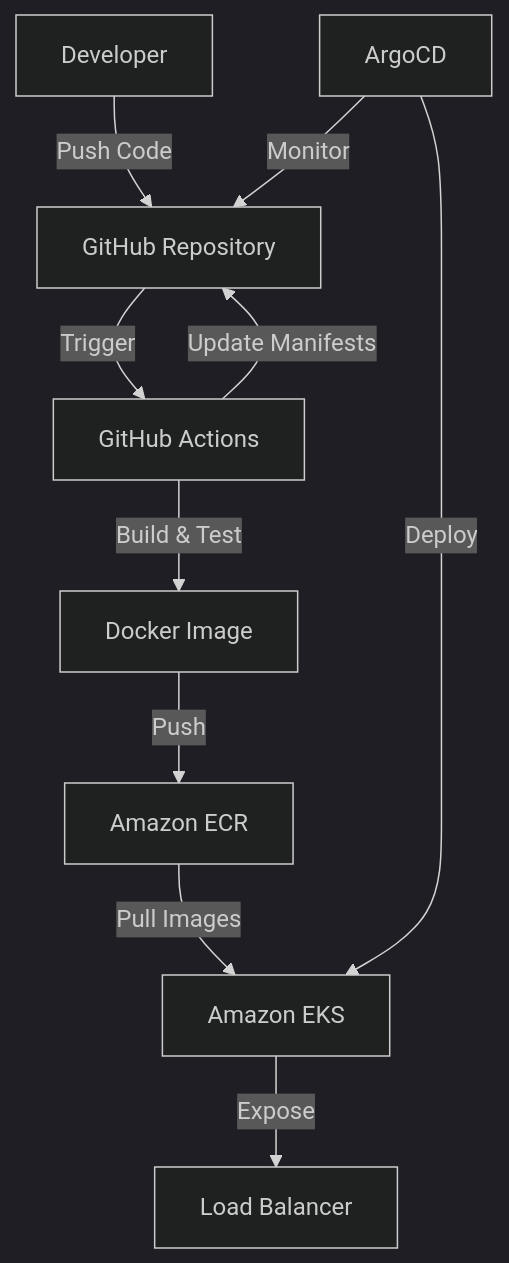
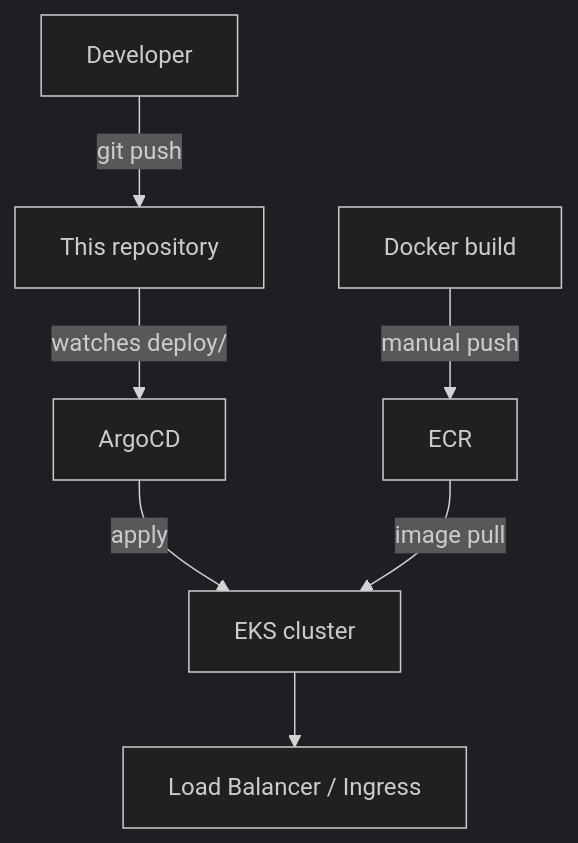
The diagram in README.md (soodrajesh/GitOps-EKS-ArgoCD-Flask-Deployment), drawn with Mermaid (dark theme) before and after one commit. The commit also changed other lines of this file and 3 other files, not shown here.

````diff
--- a/README.md
+++ b/README.md
@@ -19,12 +10,9 @@
 ```mermaid
 graph TD
-    A[Developer] -->|Push Code| B[GitHub Repository]
-    B -->|Trigger| C[GitHub Actions]
-    C -->|Build & Test| D[Docker Image]
-    D -->|Push| E[Amazon ECR]
-    C -->|Update Manifests| B
-    F[ArgoCD] -->|Monitor| B
-    F -->|Deploy| G[Amazon EKS]
-    E -->|Pull Images| G
-    G -->|Expose| H[Load Balancer]
+    A[Developer] -->|git push| B[This repository]
+    B -->|watches deploy/| C[ArgoCD]
+    C -->|apply| D[EKS cluster]
+    E[Docker build] -->|manual push| F[ECR]
+    F -->|image pull| D
+    D --> G[Load Balancer / Ingress]
 ```
````
